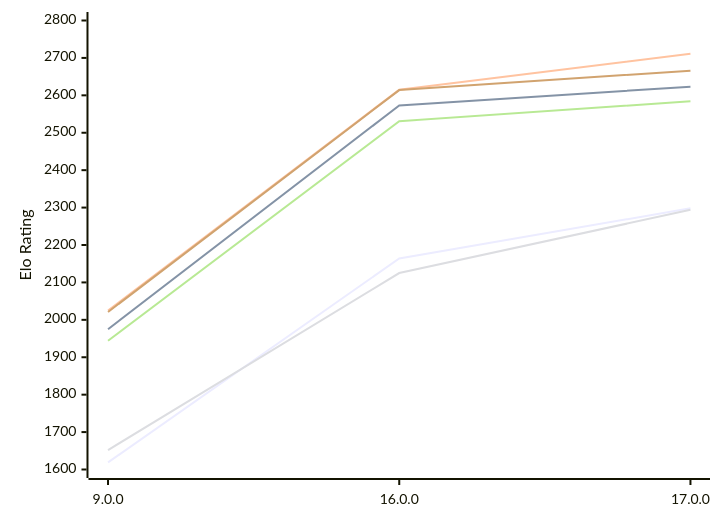
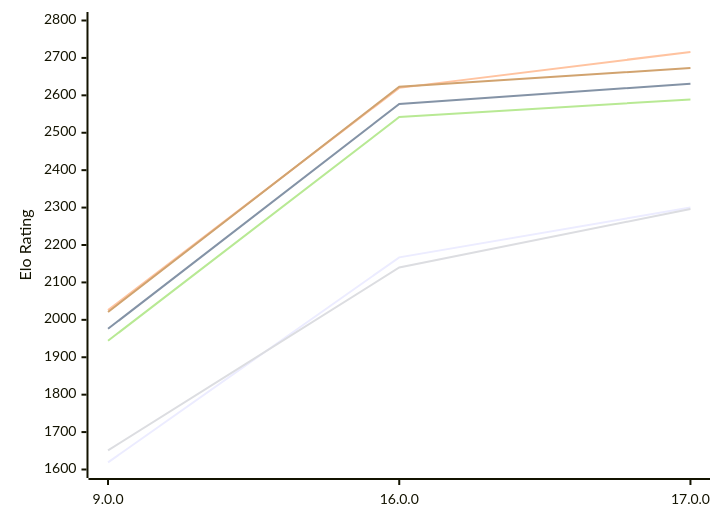
Before and after one commit to computer-chess-index/cci: the first of 2 diagrams in engines/Cepimetheus.md, drawn with Mermaid. The commit also changed other lines of this file, not shown here.

Commit message:
Update CCI Ratings (ELO VLTC) - 2026-11-20

````diff
--- a/engines/Cepimetheus.md
+++ b/engines/Cepimetheus.md
@@ -64,12 +64,12 @@
 ```mermaid
 %%{init: {"theme":"base","themeVariables":{"seriesColors:['#a3a3a3','#222221','#faa371']}}}%%
 xychart-beta
   x-axis ["9.0.0", "16.0.0", "17.0.0"]
   y-axis "Elo Rating" 1600 --> 2800
-  line "E1: STC (8.0+0.08s)" [1619, 2164, 2298]
-  line "E1: LTC (60.0+0.60s)" [1975, 2573, 2623]
-  line "E1: VLTC (2m24s+1.12s)" [2025, 2615, 2711]
-  line "P1: STC (8.0+0.08s)" [1652, 2125, 2294]
-  line "P1: LTC (60.0+0.60s)" [1944, 2531, 2584]
-  line "P1: VLTC (2m24s+1.12s)" [2021, 2614, 2666]
+  line "E1: STC (8.0+0.08s)" [1619, 2167, 2300]
+  line "E1: LTC (60.0+0.60s)" [1976, 2577, 2631]
+  line "E1: VLTC (2m24s+1.12s)" [2026, 2620, 2716]
+  line "P1: STC (8.0+0.08s)" [1651, 2140, 2296]
+  line "P1: LTC (60.0+0.60s)" [1944, 2542, 2589]
+  line "P1: VLTC (2m24s+1.12s)" [2021, 2623, 2673]
 ```
````
